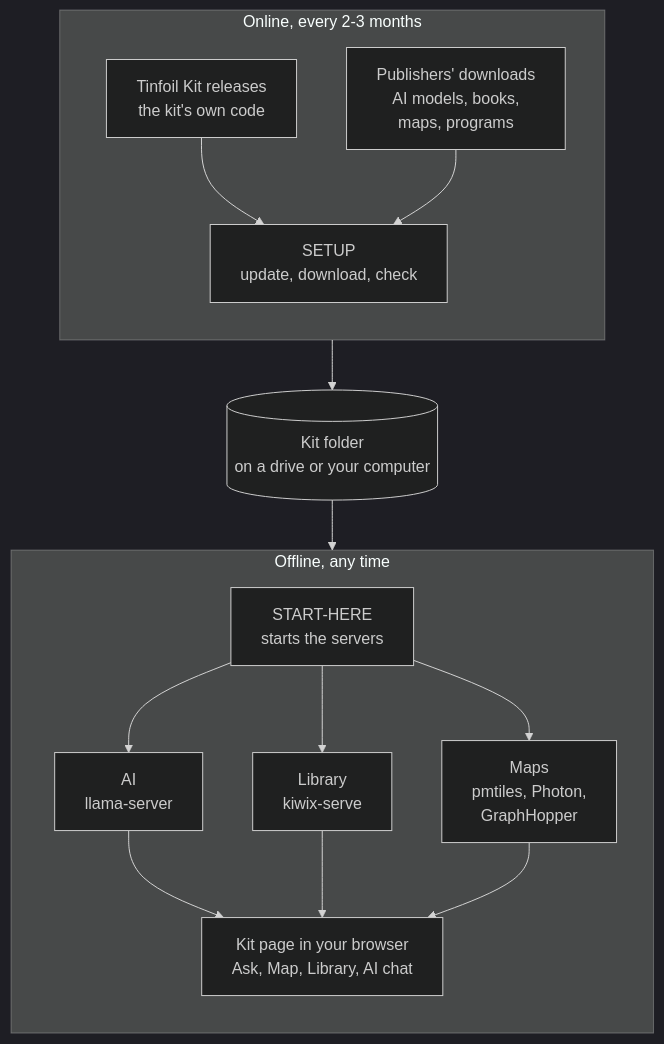
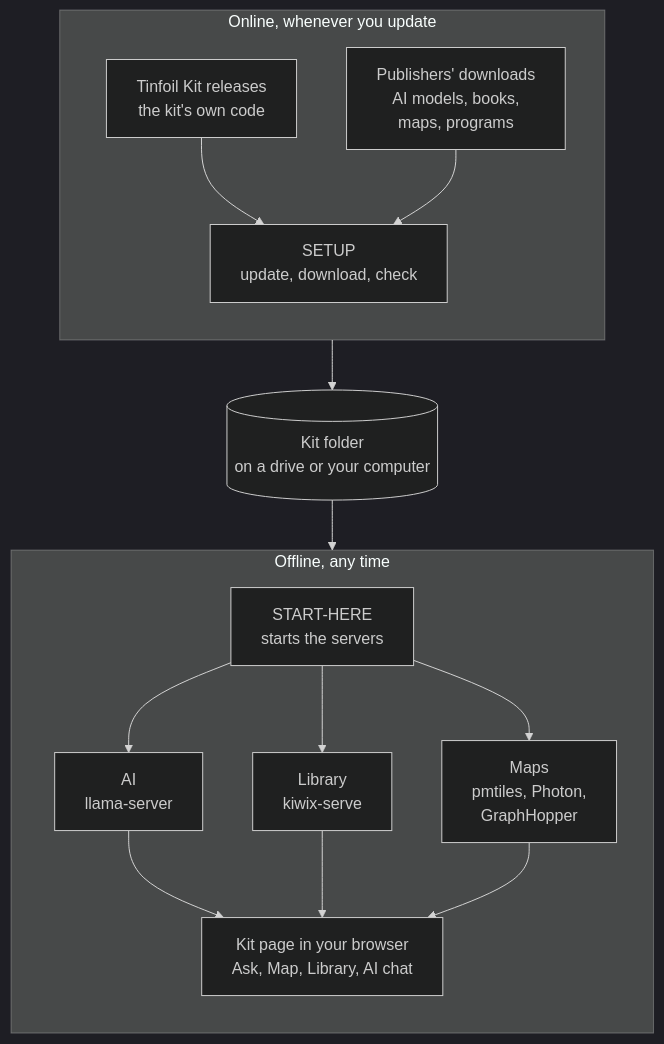
The diagram in README.md (tudor-city-ventures/tinfoil-kit), drawn with Mermaid (dark theme) before and after one commit. The commit also changed other lines of this file and 3 other files, not shown here.

First line of the commit message:
Docs: the kit on a drive or the computer, updated whenever you like, and removed with UNINSTALL

````diff
--- a/README.md
+++ b/README.md
@@ -19,23 +19,23 @@
 ```mermaid
 %%{init: {"flowchart": {"wrappingWidth": 300}}}%%
 flowchart TB
-  subgraph online["Online, every 2-3 months"]
+  subgraph online["Online, whenever you update"]
     direction TB
     releases["Tinfoil Kit releases<br/>the kit's own code"] --> setup
     publishers["Publishers' downloads<br/>AI models, books,<br/>maps, programs"] --> setup
     setup["SETUP<br/>update, download, check"]
   end
   folder[("Kit folder<br/>on a drive or your computer")]
   subgraph offline["Offline, any time"]
     direction TB
     start["START-HERE<br/>starts the servers"]
     start --> ai["AI<br/>llama-server"]
     start --> library["Library<br/>kiwix-serve"]
     start --> maps["Maps<br/>pmtiles, Photon,<br/>GraphHopper"]
     ai --> page
     library --> page
     maps --> page
     page["Kit page in your browser<br/>Ask, Map, Library, AI chat"]
   end
   online --> folder --> offline
 ```
````
